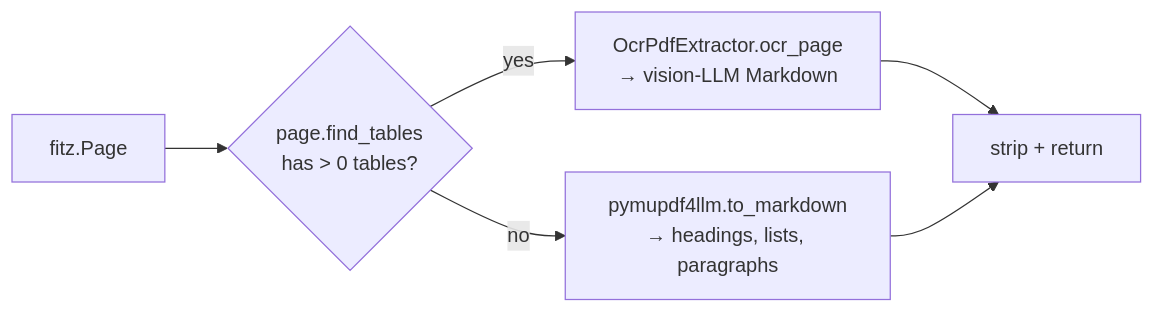
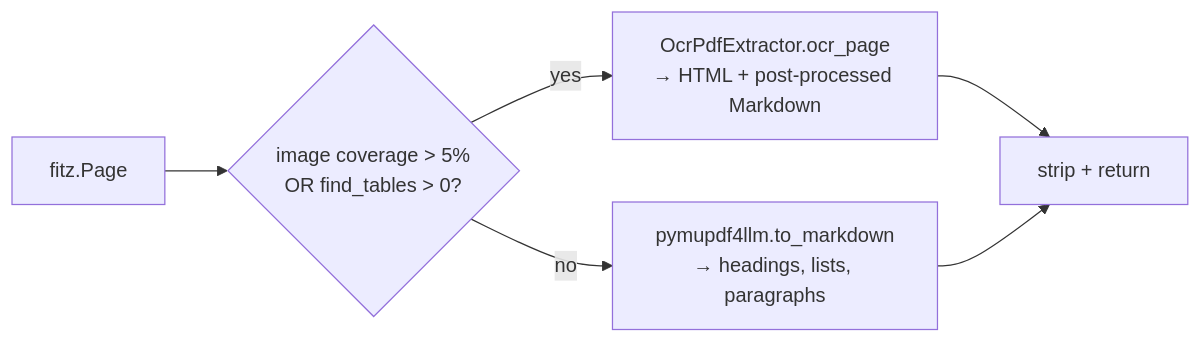
The second of 3 diagrams in Input Module Architecture.md (GSaiDheeraj/Financial-Document-Data-Extractor), drawn with Mermaid before and after one commit. The commit also changed other lines of this file and 1 other file, not shown here.

````diff
--- a/Input Module Architecture.md
+++ b/Input Module Architecture.md
@@ -264,8 +221,8 @@
 ```mermaid
 flowchart LR
-    A[fitz.Page] --> B{page.find_tables<br/>has > 0 tables?}
-    B -- "yes" --> C["OcrPdfExtractor.ocr_page<br/>→ vision-LLM Markdown"]
+    A[fitz.Page] --> B{image coverage > 5%<br/>OR find_tables > 0?}
+    B -- "yes" --> C["OcrPdfExtractor.ocr_page<br/>→ HTML + post-processed Markdown"]
     B -- "no" --> D["pymupdf4llm.to_markdown<br/>→ headings, lists, paragraphs"]
     C --> E[strip + return]
     D --> E
 ```
````
